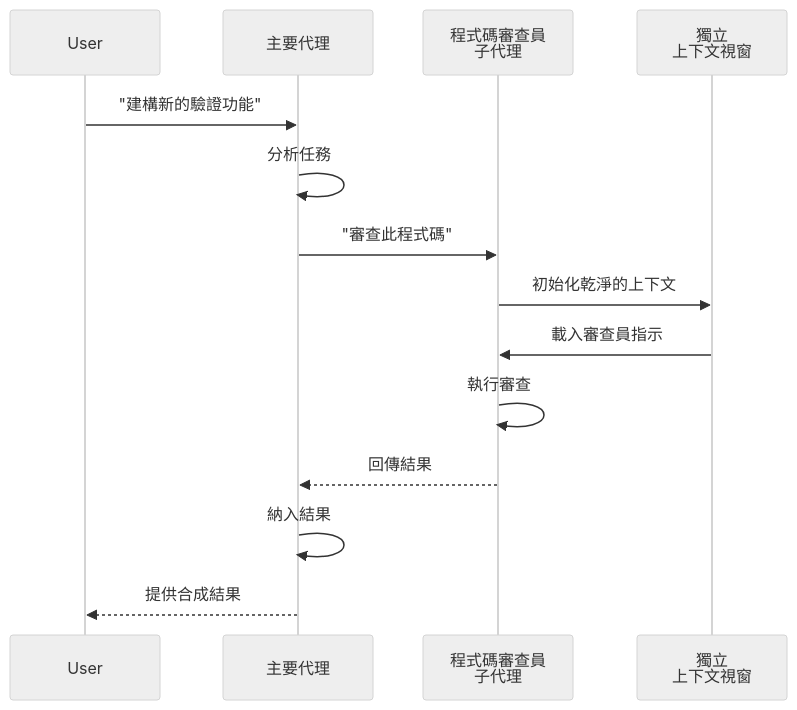
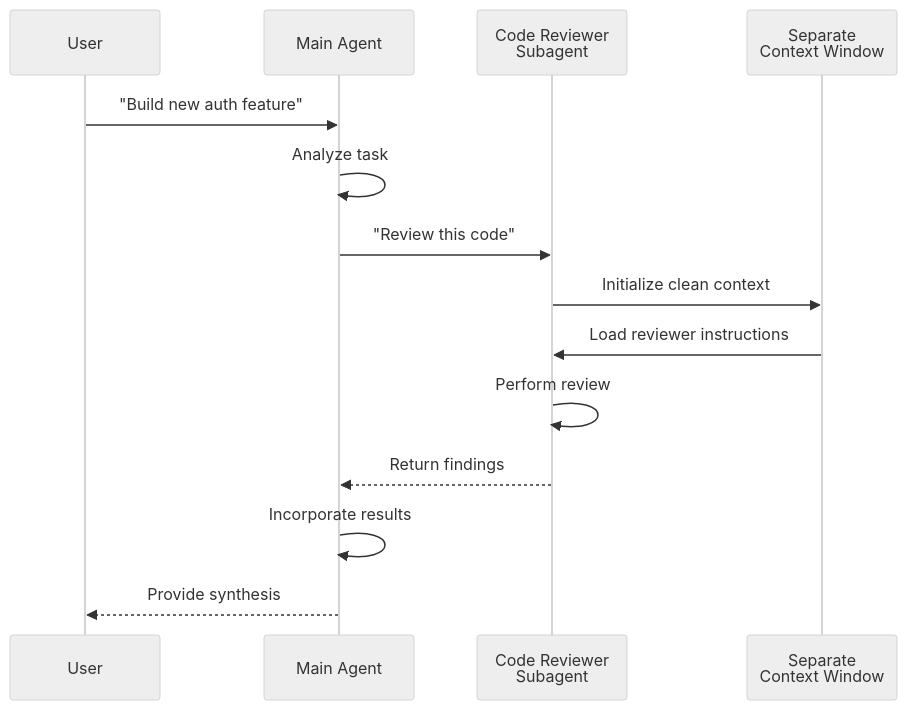
One commit to huckly/claude-howto-zh-tw changed the fifth of 7 diagrams in 04-subagents/README.md. Above: the diagram before and after it, drawn with Mermaid (neutral theme). The commit also changed other lines of this file, not shown here.

Commit message:
🤖 04-subagents：Subagents 子代理 — 同步 v2.1.110

````diff
--- a/04-subagents/README.md
+++ b/04-subagents/README.md
@@ -743,17 +772,17 @@
 ```mermaid
 sequenceDiagram
     participant User
-    participant MainAgent as 主要代理
-    participant CodeReviewer as 程式碼審查員<br/>子代理
-    participant Context as 獨立<br/>上下文視窗
+    participant MainAgent as Main Agent
+    participant CodeReviewer as Code Reviewer<br/>Subagent
+    participant Context as Separate<br/>Context Window
 
-    User->>MainAgent: "建構新的驗證功能"
-    MainAgent->>MainAgent: 分析任務
-    MainAgent->>CodeReviewer: "審查此程式碼"
-    CodeReviewer->>Context: 初始化乾淨的上下文
-    Context->>CodeReviewer: 載入審查員指示
-    CodeReviewer->>CodeReviewer: 執行審查
-    CodeReviewer-->>MainAgent: 回傳結果
-    MainAgent->>MainAgent: 納入結果
-    MainAgent-->>User: 提供合成結果
+    User->>MainAgent: "Build new auth feature"
+    MainAgent->>MainAgent: Analyze task
+    MainAgent->>CodeReviewer: "Review this code"
+    CodeReviewer->>Context: Initialize clean context
+    Context->>CodeReviewer: Load reviewer instructions
+    CodeReviewer->>CodeReviewer: Perform review
+    CodeReviewer-->>MainAgent: Return findings
+    MainAgent->>MainAgent: Incorporate results
+    MainAgent-->>User: Provide synthesis
 ```
````
